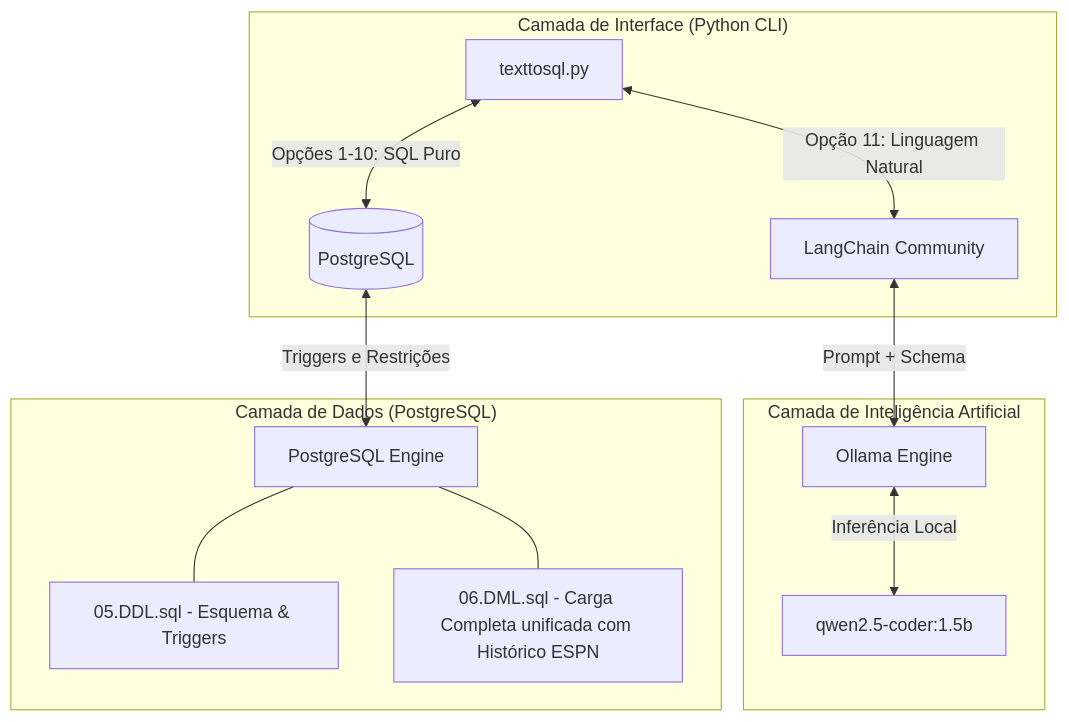
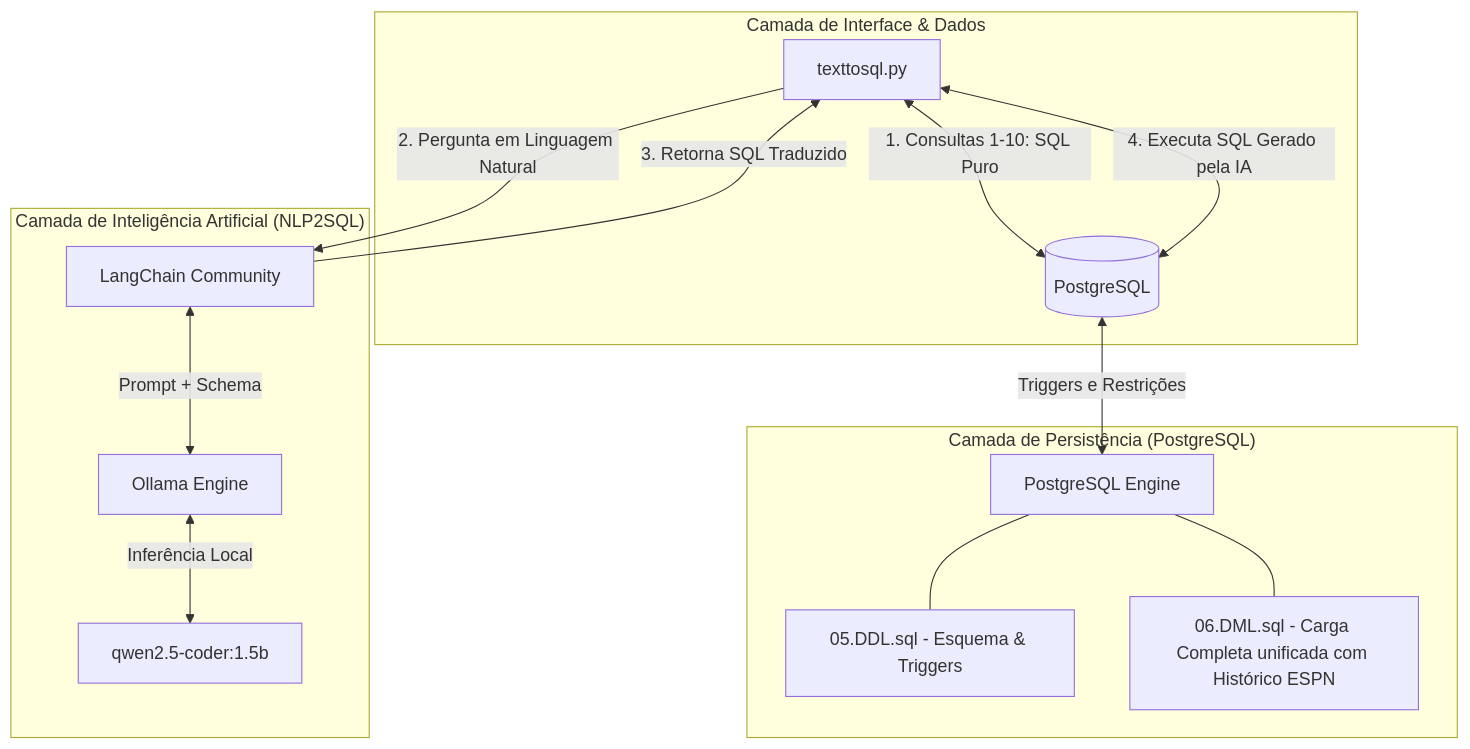
The diagram in README.md (FenixCinzenta/base_de_dados_copa_do_mundo), drawn with Mermaid before and after one commit.

Commit message:
docs: improve README Mermaid flowchart with AI SQL execution loop

````diff
--- a/README.md
+++ b/README.md
@@ -15,18 +15,20 @@
 ```mermaid
 flowchart TD
-    subgraph "Camada de Interface (Python CLI)"
-        CLI[texttosql.py] <-->|Opções 1-10: SQL Puro| DB[(PostgreSQL)]
-        CLI <-->|Opção 11: Linguagem Natural| LC[LangChain Community]
+    subgraph "Camada de Interface & Dados"
+        CLI[texttosql.py] <-->|1. Consultas 1-10: SQL Puro| DB[(PostgreSQL)]
+        CLI <-->|4. Executa SQL Gerado pela IA| DB
     end
     
-    subgraph "Camada de Inteligência Artificial"
+    subgraph "Camada de Inteligência Artificial (NLP2SQL)"
+        CLI -->|2. Pergunta em Linguagem Natural| LC[LangChain Community]
         LC <-->|Prompt + Schema| OLL[Ollama Engine]
         OLL <-->|Inferência Local| QW[qwen2.5-coder:1.5b]
+        LC -->|3. Retorna SQL Traduzido| CLI
     end
     
-    subgraph "Camada de Dados (PostgreSQL)"
+    subgraph "Camada de Persistência (PostgreSQL)"
         DB <-->|Triggers e Restrições| Engine[PostgreSQL Engine]
         Engine --- DDL[05.DDL.sql - Esquema & Triggers]
         Engine --- DML[06.DML.sql - Carga Completa unificada com Histórico ESPN]
     end
 ```
````
